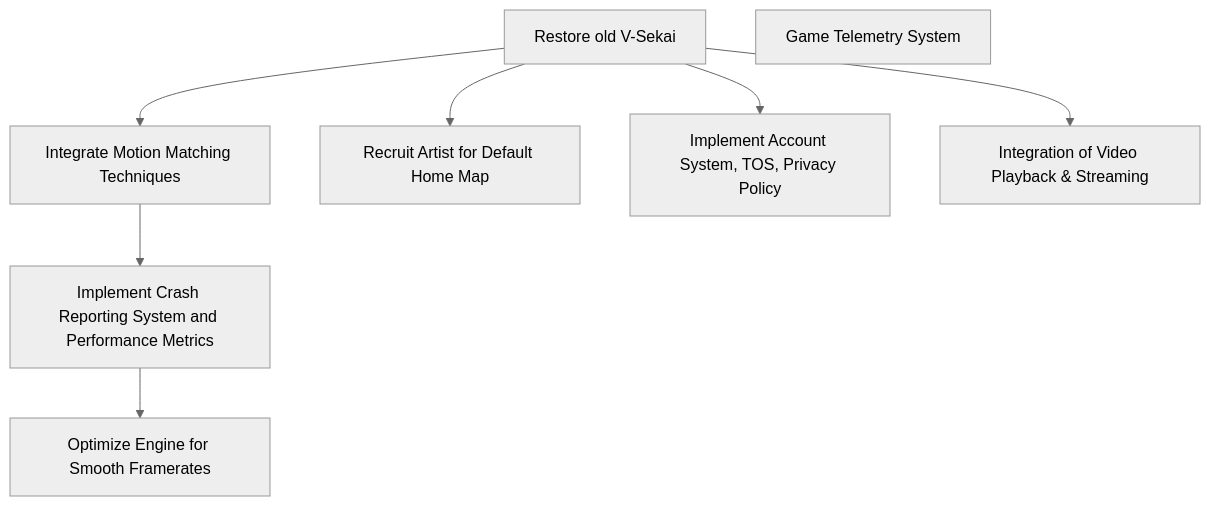
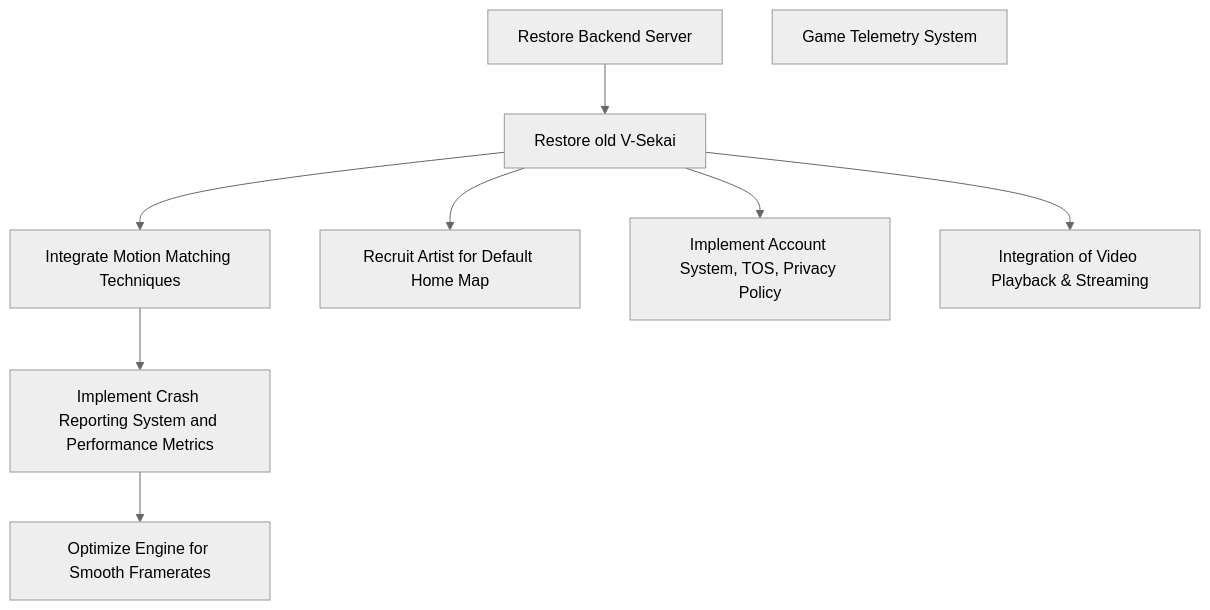
One commit to V-Sekai/manuals changed the diagram in index.md. Above: the diagram before and after it, drawn with Mermaid (neutral theme).

Commit message:
Restore backend server.

````diff
--- a/index.md
+++ b/index.md
@@ -13,25 +13,24 @@
 ```mermaid
 %% V-Sekai Social Virtual Reality Project
-
 graph TD
-    %% Define tasks and dependencies based on your project
-
+    Z[Restore Backend Server]
     A[Restore old V-Sekai]
     B[Game Telemetry System]
     C[Integrate Motion Matching Techniques]
     D[Implement Crash Reporting System and Performance Metrics]
     E[Optimize Engine for Smooth Framerates]
     F[Recruit Artist for Default Home Map]
     G[Implement Account System, TOS, Privacy Policy]
     H[Integration of Video Playback & Streaming]
 
+    Z --> A
     A --> C
     C --> D
     D --> E
     A --> F
     A --> G
     A --> H
 
     %% Task styling
     classDef taskInfo fill:#f9f,stroke:#333,stroke-width:2px;
 ```
````
